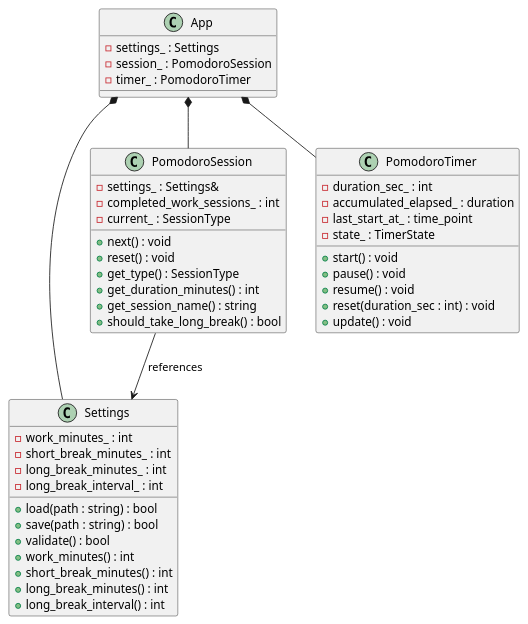
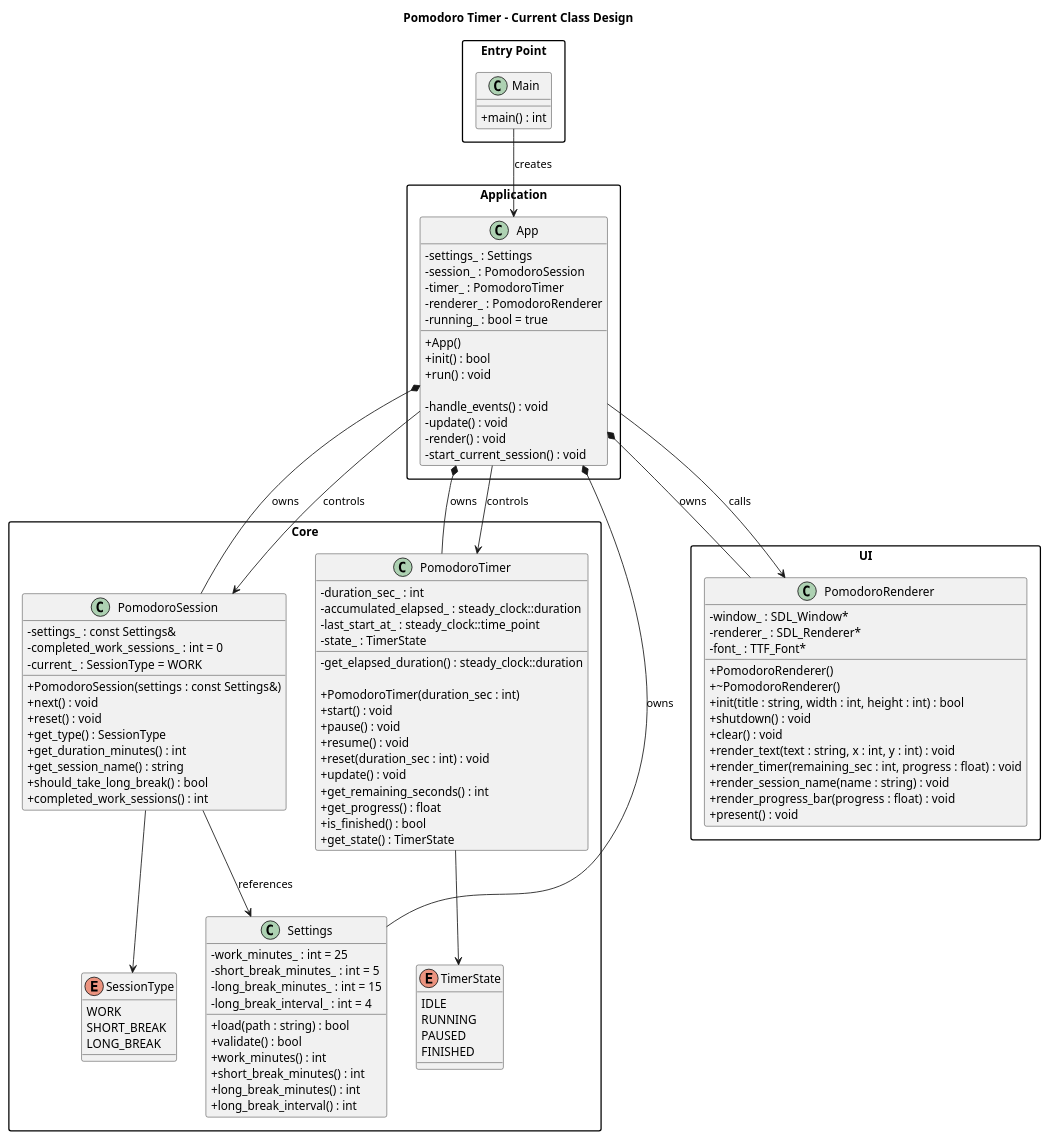
The diagram in pomodoro/docs/test.puml (user4032438215/pomodoro-sdl2), drawn with PlantUML before and after one commit.

Commit message:
docs: puml reflect current class design

```diff
--- a/pomodoro/docs/test.puml
+++ b/pomodoro/docs/test.puml
@@ -1,55 +1,139 @@
 @startuml
 
-class Settings {
-    - work_minutes_ : int
-    - short_break_minutes_ : int
-    - long_break_minutes_ : int
-    - long_break_interval_ : int
+title Pomodoro Timer - Current Class Design
 
-    + load(path : string) : bool
-    + save(path : string) : bool
-    + validate() : bool
-    + work_minutes() : int
-    + short_break_minutes() : int
-    + long_break_minutes() : int
-    + long_break_interval() : int
+skinparam classAttributeIconSize 0
+skinparam packageStyle rectangle
+skinparam shadowing false
+
+package "Core" {
+
+    enum SessionType {
+        WORK
+        SHORT_BREAK
+        LONG_BREAK
+    }
+
+    enum TimerState {
+        IDLE
+        RUNNING
+        PAUSED
+        FINISHED
+    }
+
+    class Settings {
+        - work_minutes_ : int = 25
+        - short_break_minutes_ : int = 5
+        - long_break_minutes_ : int = 15
+        - long_break_interval_ : int = 4
+
+        + load(path : string) : bool
+        + validate() : bool
+        + work_minutes() : int
+        + short_break_minutes() : int
+        + long_break_minutes() : int
+        + long_break_interval() : int
+    }
+
+    class PomodoroSession {
+        - settings_ : const Settings&
+        - completed_work_sessions_ : int = 0
+        - current_ : SessionType = WORK
+
+        + PomodoroSession(settings : const Settings&)
+        + next() : void
+        + reset() : void
+        + get_type() : SessionType
+        + get_duration_minutes() : int
+        + get_session_name() : string
+        + should_take_long_break() : bool
+        + completed_work_sessions() : int
+    }
+
+    class PomodoroTimer {
+        - duration_sec_ : int
+        - accumulated_elapsed_ : steady_clock::duration
+        - last_start_at_ : steady_clock::time_point
+        - state_ : TimerState
+
+        - get_elapsed_duration() : steady_clock::duration
+
+        + PomodoroTimer(duration_sec : int)
+        + start() : void
+        + pause() : void
+        + resume() : void
+        + reset(duration_sec : int) : void
+        + update() : void
+        + get_remaining_seconds() : int
+        + get_progress() : float
+        + is_finished() : bool
+        + get_state() : TimerState
+    }
 }
 
-class PomodoroSession {
-    - settings_ : Settings&
-    - completed_work_sessions_ : int
-    - current_ : SessionType
+package "UI" {
 
-    + next() : void
-    + reset() : void
-    + get_type() : SessionType
-    + get_duration_minutes() : int
-    + get_session_name() : string
-    + should_take_long_break() : bool
+    class PomodoroRenderer {
+        - window_ : SDL_Window*
+        - renderer_ : SDL_Renderer*
+        - font_ : TTF_Font*
+
+        + PomodoroRenderer()
+        + ~PomodoroRenderer()
+        + init(title : string, width : int, height : int) : bool
+        + shutdown() : void
+        + clear() : void
+        + render_text(text : string, x : int, y : int) : void
+        + render_timer(remaining_sec : int, progress : float) : void
+        + render_session_name(name : string) : void
+        + render_progress_bar(progress : float) : void
+        + present() : void
+    }
 }
 
-class PomodoroTimer {
-    - duration_sec_ : int
-    - accumulated_elapsed_ : duration
-    - last_start_at_ : time_point
-    - state_ : TimerState
+package "Application" {
 
-    + start() : void
-    + pause() : void
-    + resume() : void
-    + reset(duration_sec : int) : void
-    + update() : void
+    class App {
+        - settings_ : Settings
+        - session_ : PomodoroSession
+        - timer_ : PomodoroTimer
+        - renderer_ : PomodoroRenderer
+        - running_ : bool = true
+
+        + App()
+        + init() : bool
+        + run() : void
+
+        - handle_events() : void
+        - update() : void
+        - render() : void
+        - start_current_session() : void
+    }
 }
 
-class App {
-    - settings_ : Settings
-    - session_ : PomodoroSession
-    - timer_ : PomodoroTimer
+package "Entry Point" {
+
+    class Main {
+        + main() : int
+    }
 }
 
+' Ownership relationships
+App *-- Settings : owns
+App *-- PomodoroSession : owns
+App *-- PomodoroTimer : owns
+App *-- PomodoroRenderer : owns
+
+' Reference/dependency relationships
 PomodoroSession --> Settings : references
-App *-- Settings
-App *-- PomodoroSession
-App *-- PomodoroTimer
+PomodoroSession --> SessionType
+PomodoroTimer --> TimerState
+
+' Application usage relationships
+App --> PomodoroSession : controls
+App --> PomodoroTimer : controls
+App --> PomodoroRenderer : calls
+
+Main --> App : creates
 
 @enduml
```
